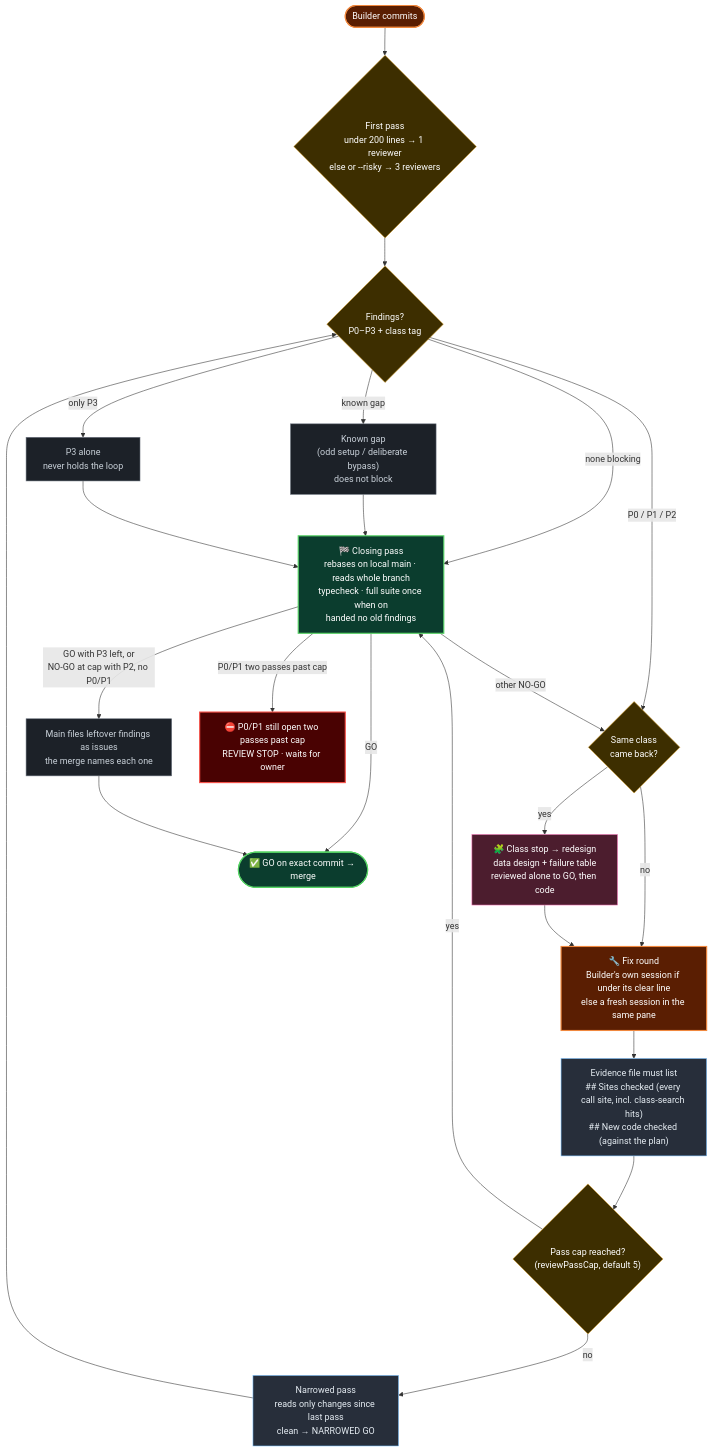
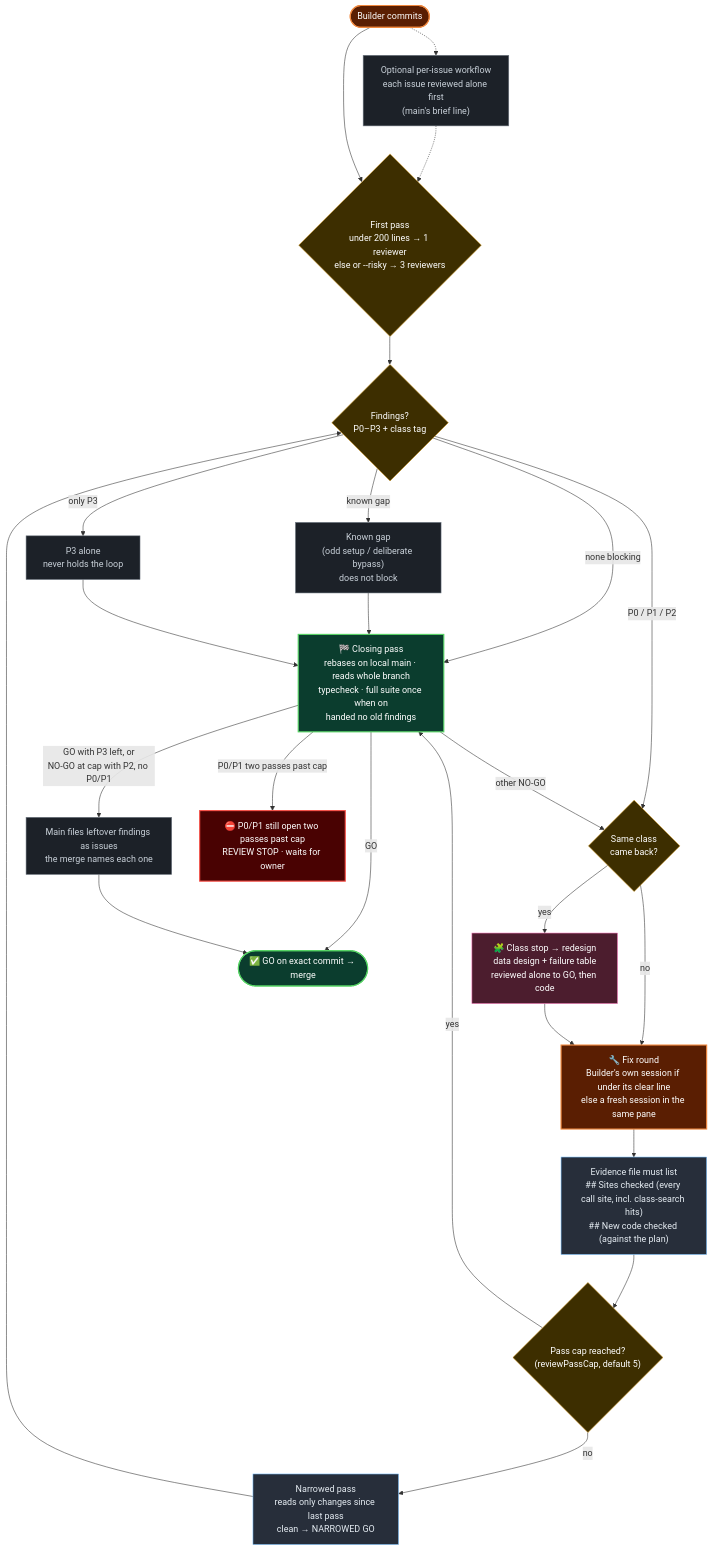
The second of 2 diagrams in README.md (pushprove-max/Commandeck), drawn with Mermaid before and after one commit. The commit also changed other lines of this file and 55 other files, not shown here.

````diff
--- a/README.md
+++ b/README.md
@@ -101,40 +101,42 @@
 ```mermaid
 flowchart TD
   start(["Builder commits"]):::build
   first{"First pass<br/>under 200 lines → 1 reviewer<br/>else or --risky → 3 reviewers"}:::gate
   verdict{"Findings?<br/>P0–P3 + class tag"}:::gate
   known["Known gap<br/>(odd setup / deliberate bypass)<br/>does not block"]:::muted
   p3["P3 alone<br/>never holds the loop"]:::muted
   fix["🔧 Fix round<br/>Builder's own session if under its clear line<br/>else a fresh session in the same pane"]:::build
   evidence["Evidence file must list<br/>## Sites checked (every call site, incl. class-search hits)<br/>## New code checked (against the plan)"]:::seat
   classq{"Same class<br/>came back?"}:::gate
   redesign["🧩 Class stop → redesign<br/>data design + failure table<br/>reviewed alone to GO, then code"]:::review
   cap{"Pass cap reached?<br/>(reviewPassCap, default 5)"}:::gate
   narrowed["Narrowed pass<br/>reads only changes since last pass<br/>clean → NARROWED GO"]:::seat
   closing["🏁 Closing pass<br/>rebases on local main · reads whole branch<br/>typecheck · full suite once when on<br/>handed no old findings"]:::merge
   filed["Main files leftover findings as issues<br/>the merge names each one"]:::muted
   owner["⛔ P0/P1 still open two passes past cap<br/>REVIEW STOP · waits for owner"]:::stop
   go(["✅ GO on exact commit → merge"]):::merge
+  perissue["Optional per-issue workflow<br/>each issue reviewed alone first<br/>(main's brief line)"]:::muted
 
+  start -.-> perissue -.-> first
   start --> first --> verdict
   verdict -- "none blocking" --> closing
   verdict -- "known gap" --> known --> closing
   verdict -- "only P3" --> p3 --> closing
   verdict -- "P0 / P1 / P2" --> classq
   classq -- "no" --> fix --> evidence --> cap
   classq -- "yes" --> redesign --> fix
   cap -- "no" --> narrowed --> verdict
   cap -- "yes" --> closing
   closing -- "GO" --> go
   closing -- "GO with P3 left, or<br/>NO-GO at cap with P2, no P0/P1" --> filed --> go
   closing -- "other NO-GO" --> classq
   closing -- "P0/P1 two passes past cap" --> owner
 
   classDef build fill:#5a1e02,stroke:#f0883e,color:#fff,stroke-width:2px
   classDef gate fill:#3d2e00,stroke:#d29922,color:#fff
   classDef seat fill:#272e3a,stroke:#79c0ff,color:#e6edf3
   classDef review fill:#4c1d2e,stroke:#f778ba,color:#fff
   classDef merge fill:#0b3d2e,stroke:#56d364,color:#fff,stroke-width:2px
   classDef muted fill:#1c2128,stroke:#6e7681,color:#c9d1d9
   classDef stop fill:#490202,stroke:#f85149,color:#fff,stroke-width:2px
 ```
````
